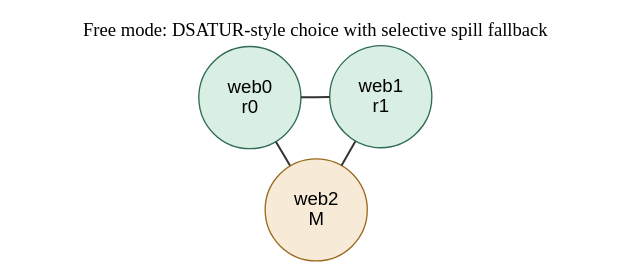
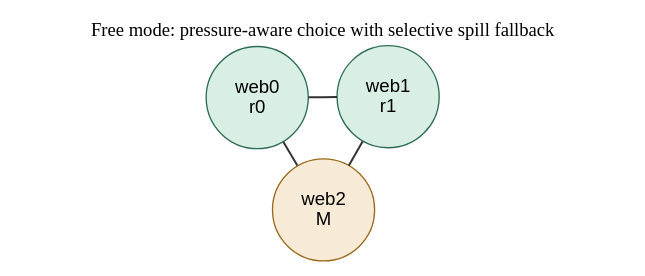
Before and after one commit to AlexDTT/CompilerRegisterAllocationProject: the diagram in dox/example_free.dot, drawn with Graphviz. The commit also changed 132 other files, not shown here.

```diff
--- a/dox/example_free.dot
+++ b/dox/example_free.dot
@@ -1,17 +1,17 @@
 graph free_example {
     layout=neato;
     overlap=false;
     node [shape=circle, style=filled, fontname="Helvetica"];
     edge [color="#333333", penwidth=1.5];
 
     web0 [label="web0\nr0", fillcolor="#d9efe4", color="#2f6b56"];
     web1 [label="web1\nr1", fillcolor="#d9efe4", color="#2f6b56"];
     web2 [label="web2\nM", fillcolor="#f7ead6", color="#9a6a1d"];
 
     web0 -- web1;
     web1 -- web2;
     web2 -- web0;
 
-    label="Free mode: DSATUR-style choice with selective spill fallback";
+    label="Free mode: pressure-aware choice with selective spill fallback";
     labelloc=t;
 }
```
